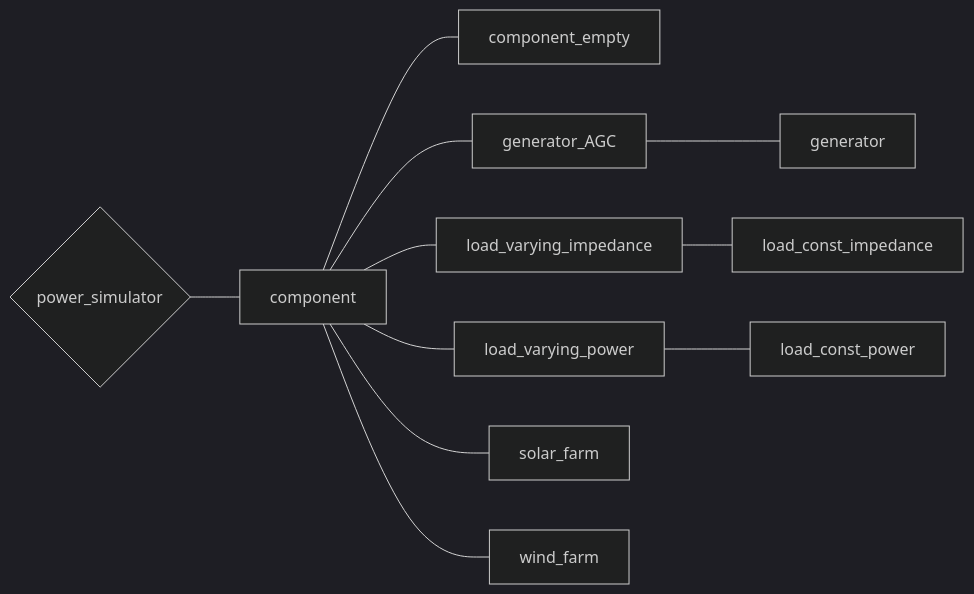
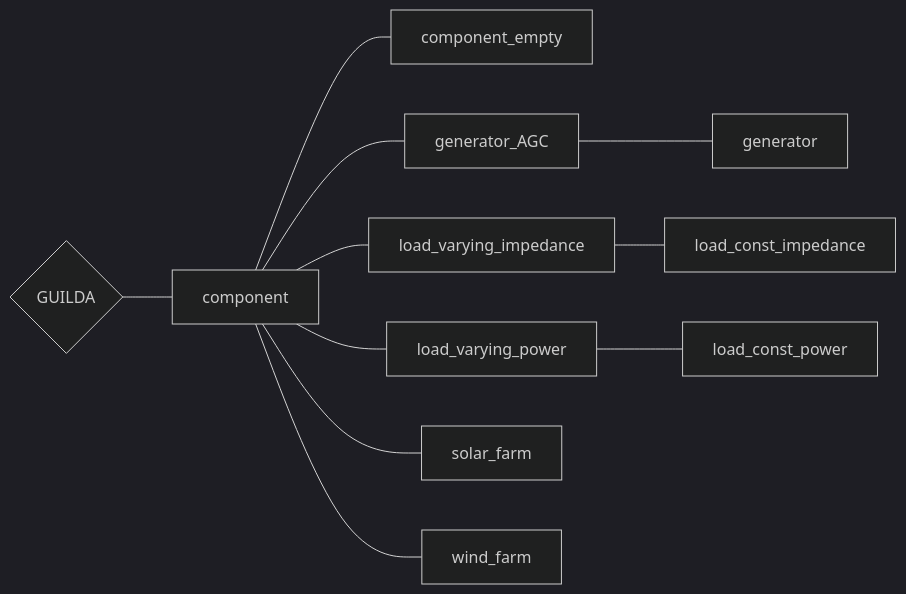
One commit to takahiro-kawaguchi/power_simulator_doc changed the diagram in docs/Docs/component.md. Above: the diagram before and after it, drawn with Mermaid (dark theme). The commit also changed other lines of this file and 15 other files, not shown here.

````diff
--- a/docs/Docs/component.md
+++ b/docs/Docs/component.md
@@ -17,27 +17,27 @@
 ```mermaid
 graph LR
 
-base{power_simulator}---component
+base{GUILDA}---component
 
 component---component_empty
 component---generator_AGC
 generator_AGC---generator
 component---load_varying_impedance
 load_varying_impedance---load_const_impedance
 component---load_varying_power
 load_varying_power---load_const_power
 component---solar_farm
 component---wind_farm
 
 click base "https://www.google.com/"
 click component "https://www.google.com/"
 click component_empty "https://www.google.com/"
 click generator_AGC "https://www.google.com/"
 click generator "https://www.google.com/"
 click load_varying_impedance "https://www.google.com/"
 click load_const_impedance "https://www.google.com/"
 click load_varying_power "https://www.google.com/"
 click load_const_power "https://www.google.com/"
 click solar_farm "https://www.google.com"
 click wind_farm "https://www.google.com"
 ```
````
